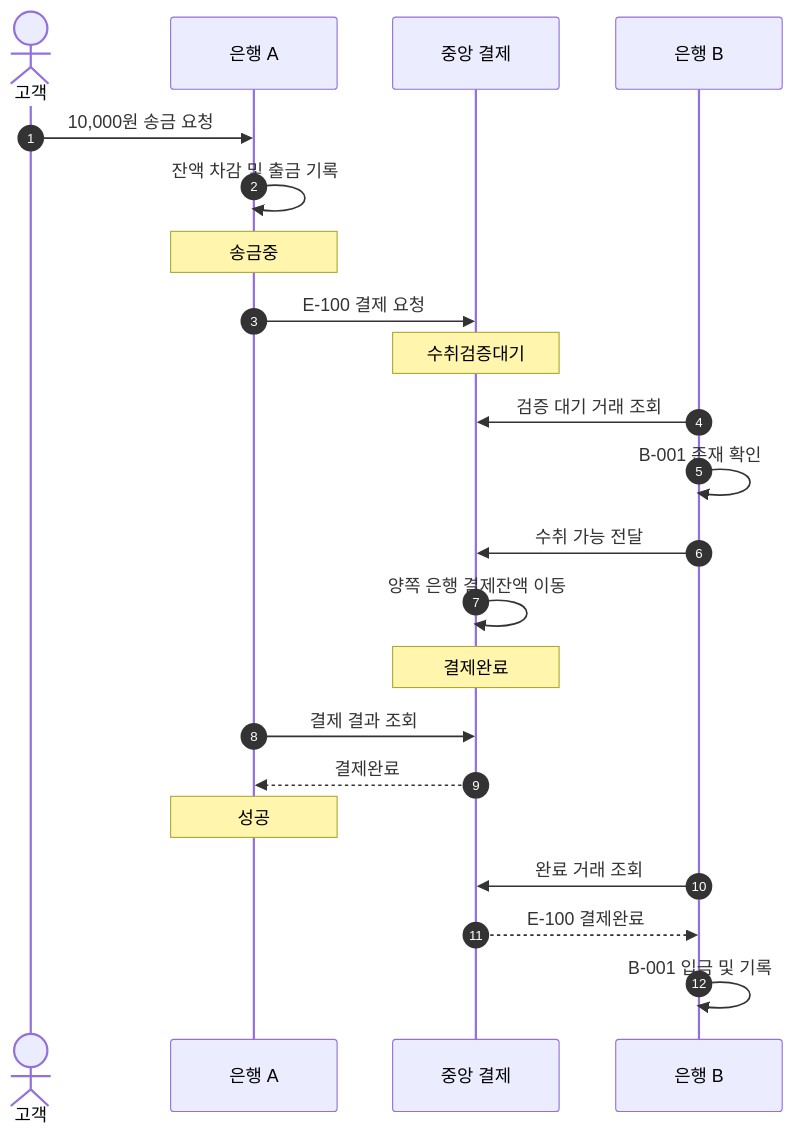
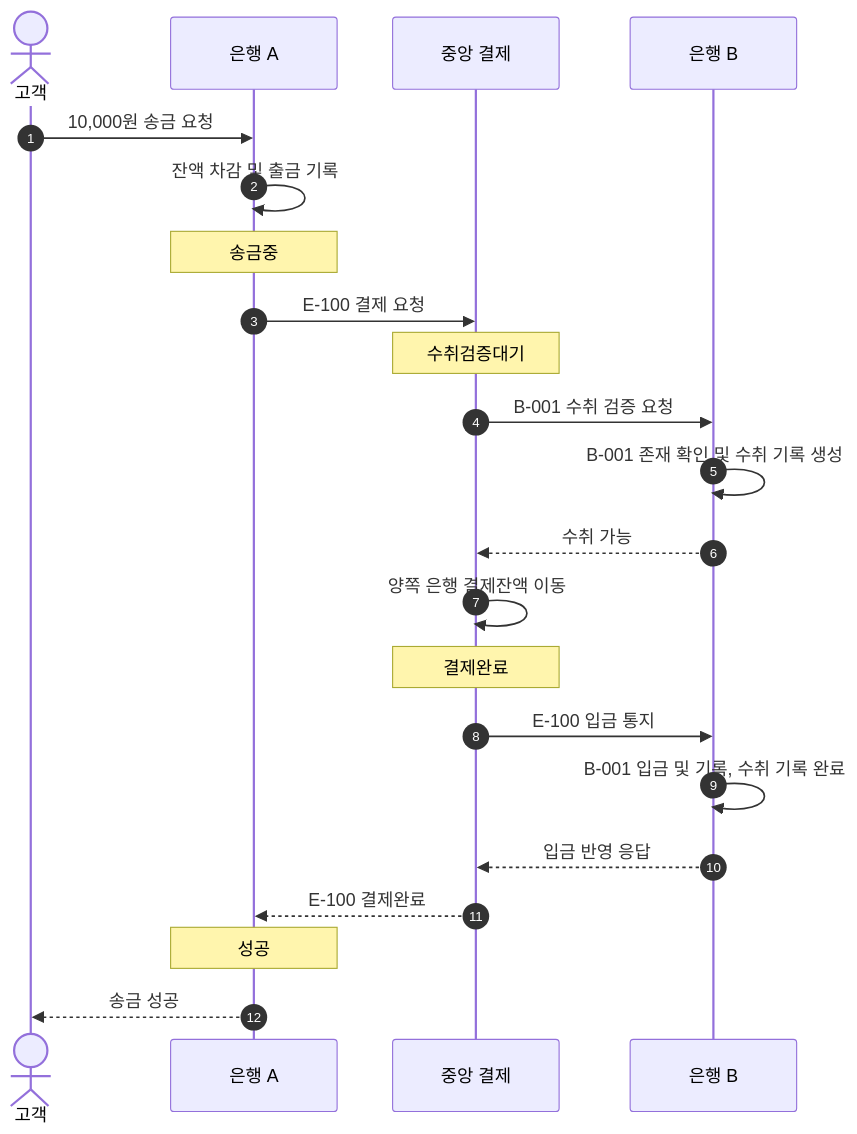
The diagram in docs/scenarios/S-001_정상_은행간_송금_성공.md (2jun0/financial-system-backend), drawn with Mermaid before and after one commit. The commit also changed other lines of this file and 9 other files, not shown here.

````diff
--- a/docs/scenarios/S-001_정상_은행간_송금_성공.md
+++ b/docs/scenarios/S-001_정상_은행간_송금_성공.md
@@ -31,25 +31,25 @@
 ```mermaid
 sequenceDiagram
     autonumber
     actor 고객
     participant A as 은행 A
     participant C as 중앙 결제
     participant B as 은행 B
 
     고객->>A: 10,000원 송금 요청
     A->>A: 잔액 차감 및 출금 기록
     Note over A: 송금중
     A->>C: E-100 결제 요청
     Note over C: 수취검증대기
-    B->>C: 검증 대기 거래 조회
-    B->>B: B-001 존재 확인
-    B->>C: 수취 가능 전달
+    C->>B: B-001 수취 검증 요청
+    B->>B: B-001 존재 확인 및 수취 기록 생성
+    B-->>C: 수취 가능
     C->>C: 양쪽 은행 결제잔액 이동
     Note over C: 결제완료
-    A->>C: 결제 결과 조회
-    C-->>A: 결제완료
+    C->>B: E-100 입금 통지
+    B->>B: B-001 입금 및 기록, 수취 기록 완료
+    B-->>C: 입금 반영 응답
+    C-->>A: E-100 결제완료
     Note over A: 성공
-    B->>C: 완료 거래 조회
-    C-->>B: E-100 결제완료
-    B->>B: B-001 입금 및 기록
+    A-->>고객: 송금 성공
 ```
````
